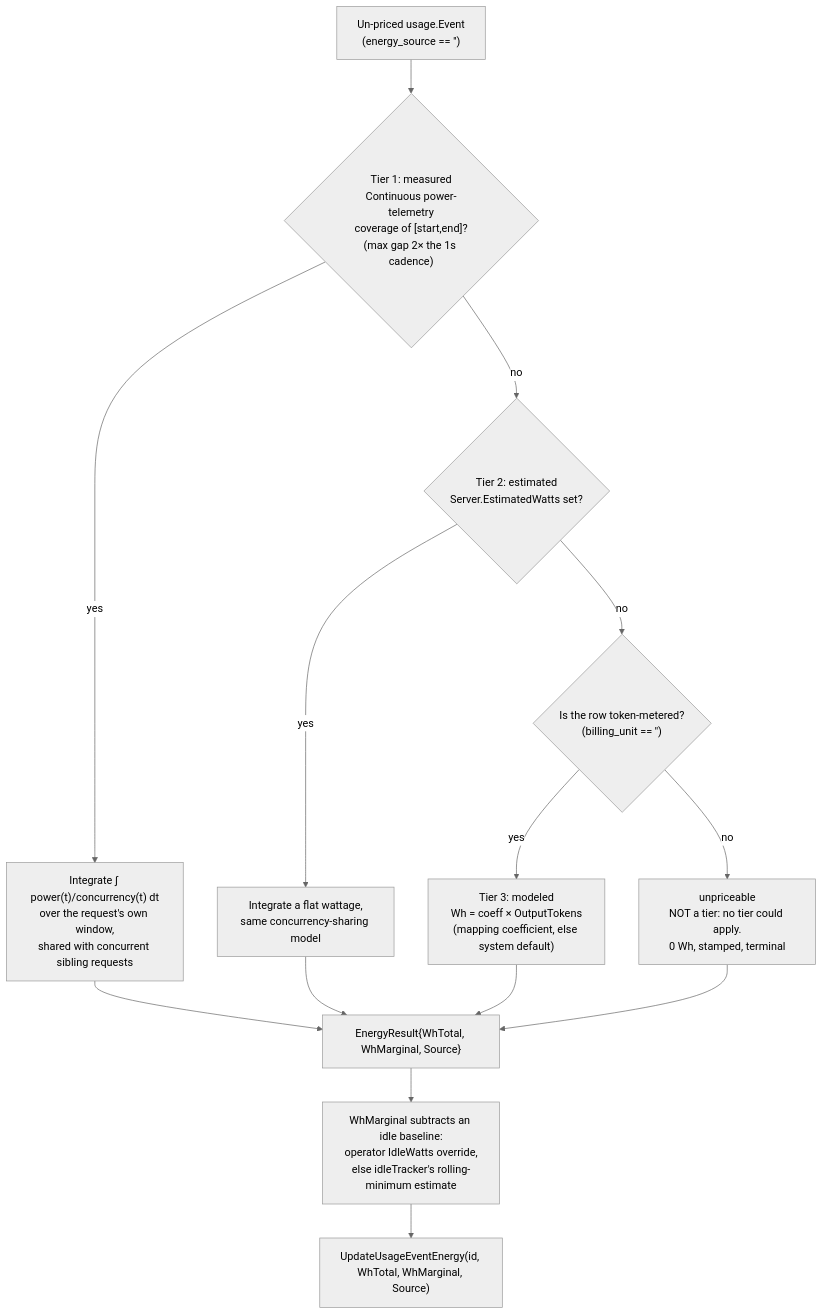
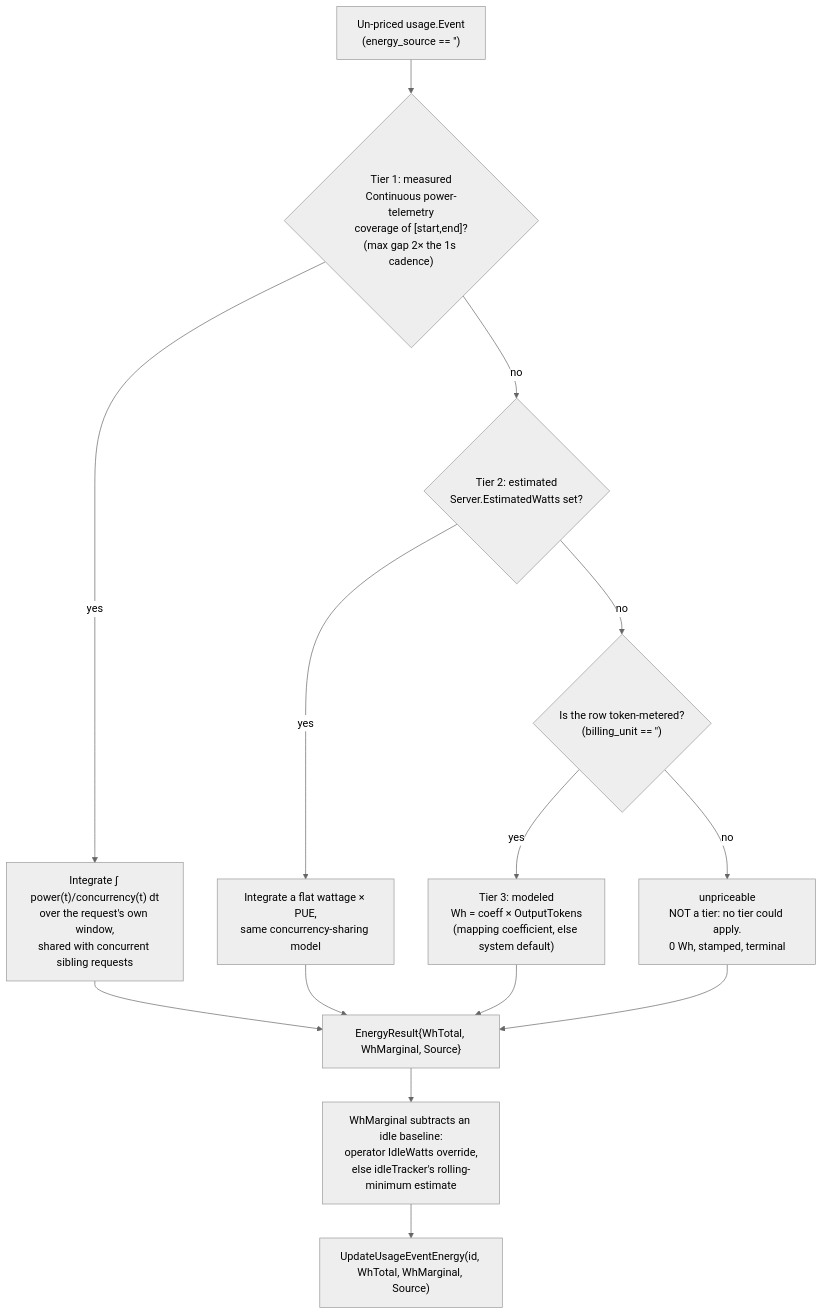
One commit to JLor08/op-ai-gateway changed the second of 3 diagrams in docs/architecture/cross-cutting/telemetry-usage-observability.md. Above: the diagram before and after it, drawn with Mermaid (neutral theme). The commit also changed other lines of this file and 274 other files, not shown here.

````diff
--- a/docs/architecture/cross-cutting/telemetry-usage-observability.md
+++ b/docs/architecture/cross-cutting/telemetry-usage-observability.md
@@ -2923,16 +2923,16 @@
 ```mermaid
 flowchart TD
     Start["Un-priced usage.Event\n(energy_source == '')"] --> T1{"Tier 1: measured\nContinuous power-telemetry\ncoverage of [start,end]?\n(max gap 2× the 1s cadence)"}
     T1 -->|yes| M["Integrate ∫ power(t)/concurrency(t) dt\nover the request's own window,\nshared with concurrent sibling requests"]
     T1 -->|no| T2{"Tier 2: estimated\nServer.EstimatedWatts set?"}
-    T2 -->|yes| E["Integrate a flat wattage,\nsame concurrency-sharing model"]
+    T2 -->|yes| E["Integrate a flat wattage × PUE,\nsame concurrency-sharing model"]
     T2 -->|no| U{"Is the row token-metered?\n(billing_unit == '')"}
     U -->|yes| T3["Tier 3: modeled\nWh = coeff × OutputTokens\n(mapping coefficient, else system default)"]
     U -->|no| X["unpriceable\nNOT a tier: no tier could apply.\n0 Wh, stamped, terminal"]
     M --> Result["EnergyResult{WhTotal, WhMarginal, Source}"]
     E --> Result
     T3 --> Result
     X --> Result
     Result --> Idle["WhMarginal subtracts an idle baseline:\noperator IdleWatts override,\nelse idleTracker's rolling-minimum estimate"]
     Idle --> Store["UpdateUsageEventEnergy(id, WhTotal, WhMarginal, Source)"]
 ```
````
